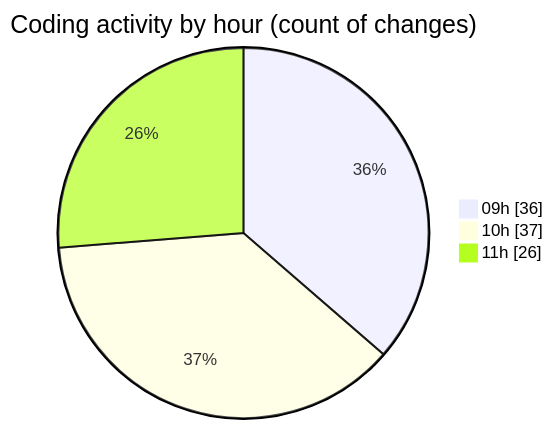
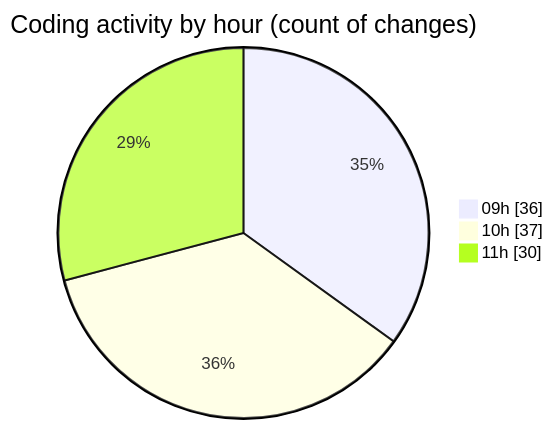
The second of 2 diagrams in 2026-04-16/cda/README.md (momahboobian/code-tracking), drawn with Mermaid before and after one commit. The commit also changed other lines of this file and 1 other file, not shown here.

````diff
--- a/2026-04-16/cda/README.md
+++ b/2026-04-16/cda/README.md
@@ -31,7 +31,7 @@
 ```mermaid
 pie showData
 title Coding activity by hour (count of changes)
 "09h" : 36
 "10h" : 37
-"11h" : 26
+"11h" : 30
 ```
````
